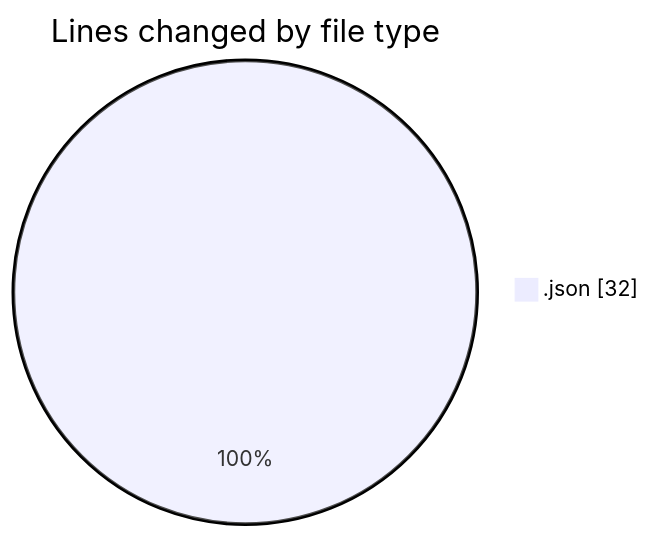
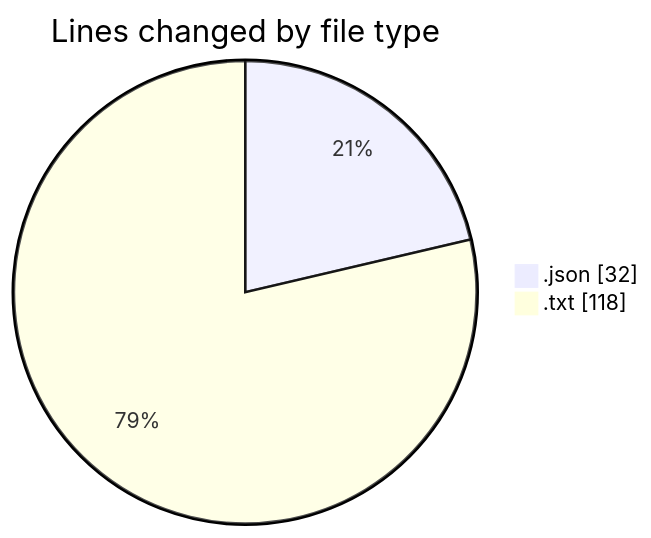
One commit to Netris89/code-tracking changed the first of 2 diagrams in 2025-03-24/plugin/README.md. Above: the diagram before and after it, drawn with Mermaid. The commit also changed other lines of this file and 1 other file, not shown here.

````diff
--- a/2025-03-24/plugin/README.md
+++ b/2025-03-24/plugin/README.md
@@ -20,5 +21,6 @@
 ```mermaid
 pie showData
 title Lines changed by file type
 ".json" : 32
+".txt" : 118
 ```
````
